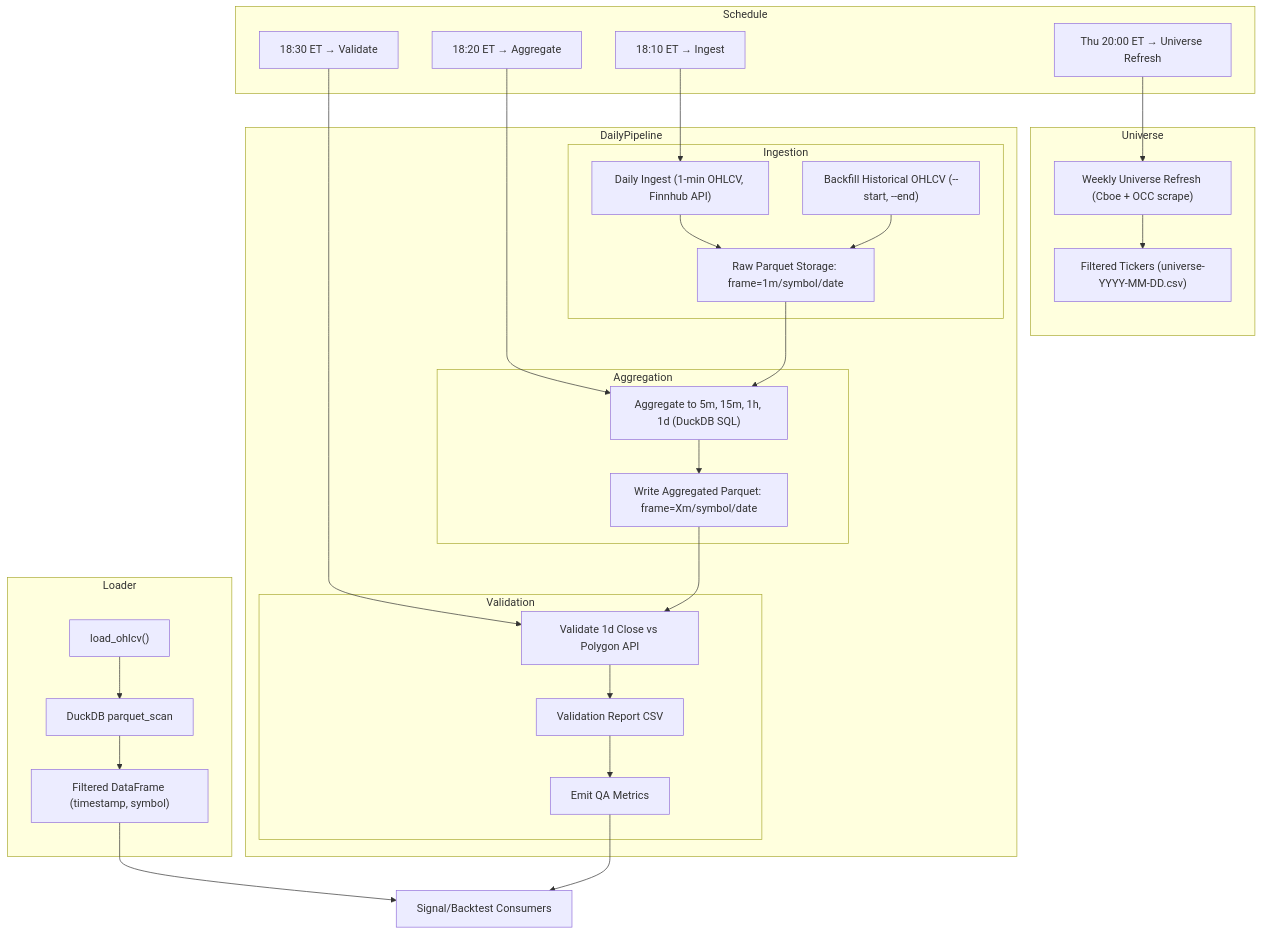
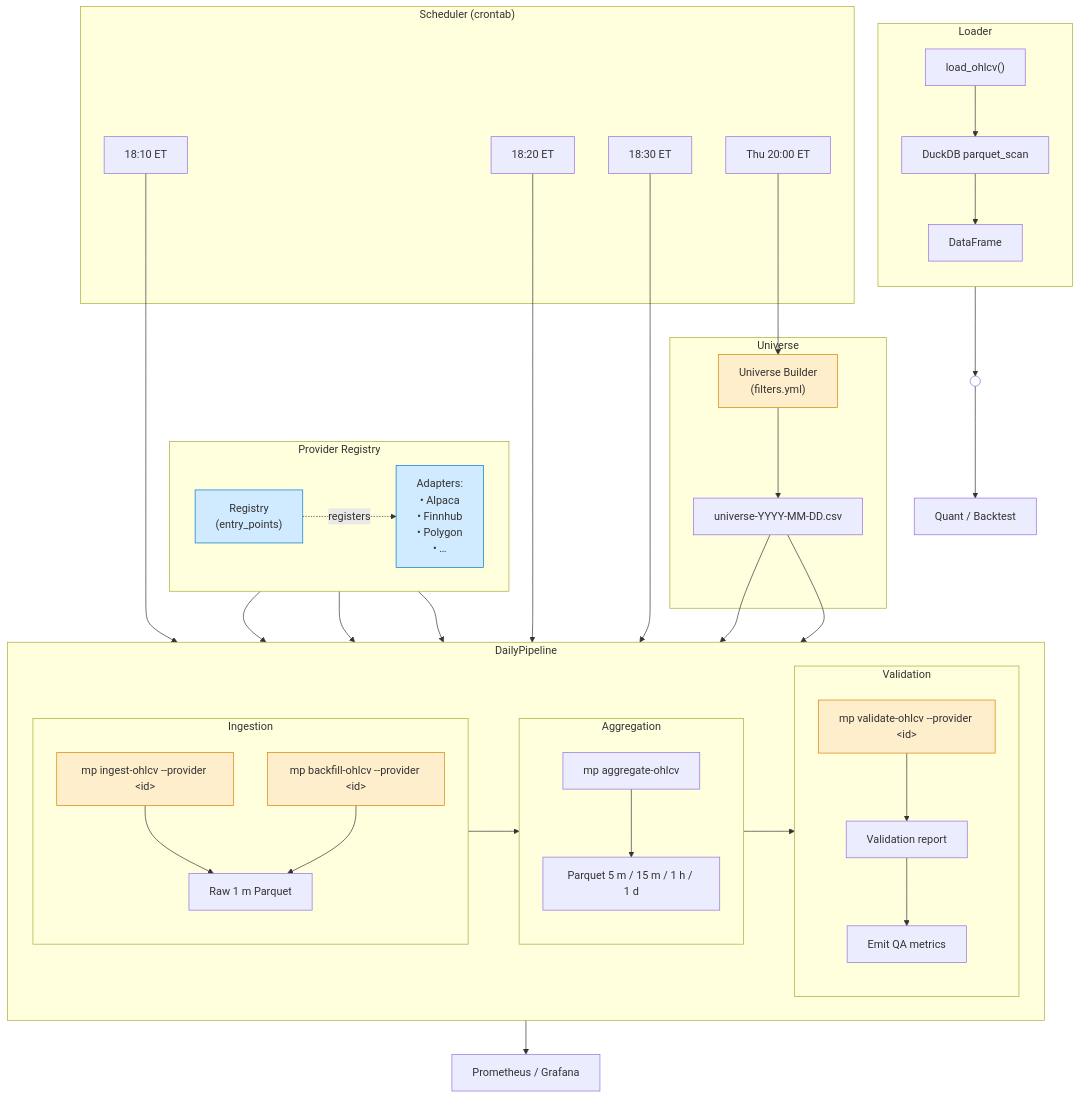
One commit to joeyda3rd/MarketPipe changed the diagram in README.md. Above: the diagram before and after it, drawn with Mermaid. The commit also changed other lines of this file and 125 other files, not shown here.

````diff
--- a/README.md
+++ b/README.md
@@ -11,39 +11,79 @@
 ```mermaid
 flowchart TD
-    subgraph Universe
-        U0["Weekly Universe Refresh (Cboe + OCC scrape)"] --> U1["Filtered Tickers (universe-YYYY-MM-DD.csv)"]
+    %% ---------- Provider layer ----------
+    subgraph "Provider Registry"
+        direction LR
+        REG["Registry<br/>(entry_points)"]:::adapter
+        REG -. registers .-> PAD["Adapters:<br/>• Alpaca<br/>• Finnhub<br/>• Polygon<br/>• …"]:::adapter
     end
-    subgraph DailyPipeline
-        subgraph Ingestion
-            I0["Daily Ingest (1-min OHLCV, Finnhub API)"] --> I1["Raw Parquet Storage: frame=1m/symbol/date"]
-            BF["Backfill Historical OHLCV (--start, --end)"] --> I1
+
+    %% ---------- Universe ----------
+    subgraph "Universe"
+        UB["Universe Builder<br/>(filters.yml)"]:::io --> UCSV["universe-YYYY-MM-DD.csv"]
+    end
+
+    %% ---------- Daily pipeline (single row) ----------
+    subgraph "DailyPipeline"
+        direction LR          %% keep the three stages side-by-side
+
+        %% Ingestion
+        subgraph "Ingestion"
+            direction TB
+            ING["mp ingest-ohlcv --provider &lt;id&gt;"]:::io --> RAW["Raw 1 m Parquet"]
+            BF["mp backfill-ohlcv --provider &lt;id&gt;"]:::io --> RAW
         end
 
-        subgraph Aggregation
-            A0["Aggregate to 5m, 15m, 1h, 1d (DuckDB SQL)"] --> A1["Write Aggregated Parquet: frame=Xm/symbol/date"]
+        %% Aggregation
+        subgraph "Aggregation"
+            direction TB
+            AGG["mp aggregate-ohlcv"] --> AGGPK["Parquet 5 m / 15 m / 1 h / 1 d"]
         end
 
-        subgraph Validation
-            V0["Validate 1d Close vs Polygon API"] --> V1["Validation Report CSV"]
-            V1 --> QA["Emit QA Metrics"]
+        %% Validation
+        subgraph "Validation"
+            direction TB
+            VAL["mp validate-ohlcv --provider &lt;id&gt;"]:::io --> VCSV["Validation report"]
+            VCSV --> QA["Emit QA metrics"]
         end
     end
 
-    subgraph Loader
-        L0["load_ohlcv()"]
-        L0 --> DB0["DuckDB parquet_scan"]
-        DB0 --> DF["Filtered DataFrame (timestamp, symbol)"]
+    %% ---------- Loader (dropped one row) ----------
+    subgraph "Loader"
+        direction TB
+        LD["load_ohlcv()"] --> SCAN["DuckDB parquet_scan"] --> DF["DataFrame"]
     end
 
-    subgraph Schedule
-        CRON1["18:10 ET → Ingest"] --> I0
-        CRON2["18:20 ET → Aggregate"] --> A0
-        CRON3["18:30 ET → Validate"] --> V0
-        CRON4["Thu 20:00 ET → Universe Refresh"] --> U0
+    %% invisible spacer to steer arrow around Provider Registry
+    SPACER(( )):::invis
+
+    %% ---------- Scheduler ----------
+    subgraph "Scheduler (crontab)"
+        CR1["18:10 ET"] --> ING
+        CR2["18:20 ET"] --> AGG
+        CR3["18:30 ET"] --> VAL
+        CR4["Thu 20:00 ET"] --> UB
     end
 
-    I1 --> A0
-    A1 --> V0
-    DF --> Quant["Signal/Backtest Consumers"]
-    QA --> Quant
+    %% ---------- Flow arrows ----------
+    UCSV --> ING
+    UCSV --> BF
+    REG  --> ING
+    REG  --> BF
+    REG  --> VAL
+    RAW  --> AGG
+    AGGPK --> VAL
+    QA   --> MON["Prometheus / Grafana"]
+
+    %% bend DataFrame → Quant around Provider Registry
+    DF --> SPACER
+    SPACER --> QUANT["Quant / Backtest"]
+
+    %% ---------- Styles ----------
+    classDef io      fill:#ffeecc,stroke:#d88200;
+    classDef adapter fill:#d0eaff,stroke:#0077cc;
+    classDef invis   fill:#ffffff00,stroke:#ffffff00;   %% transparent node
+
+    class ING,BF,UB,VAL io;
+    class REG,PAD adapter;
+
 ```
````
